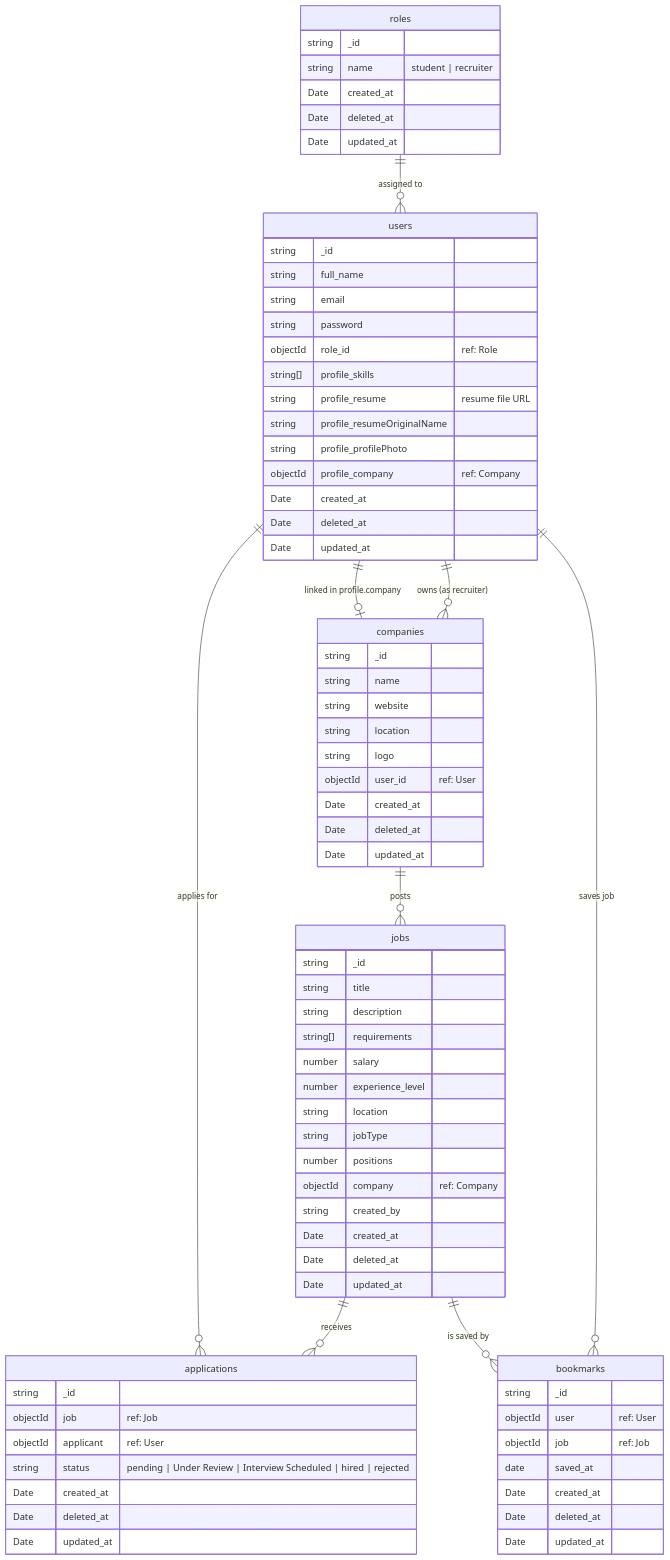
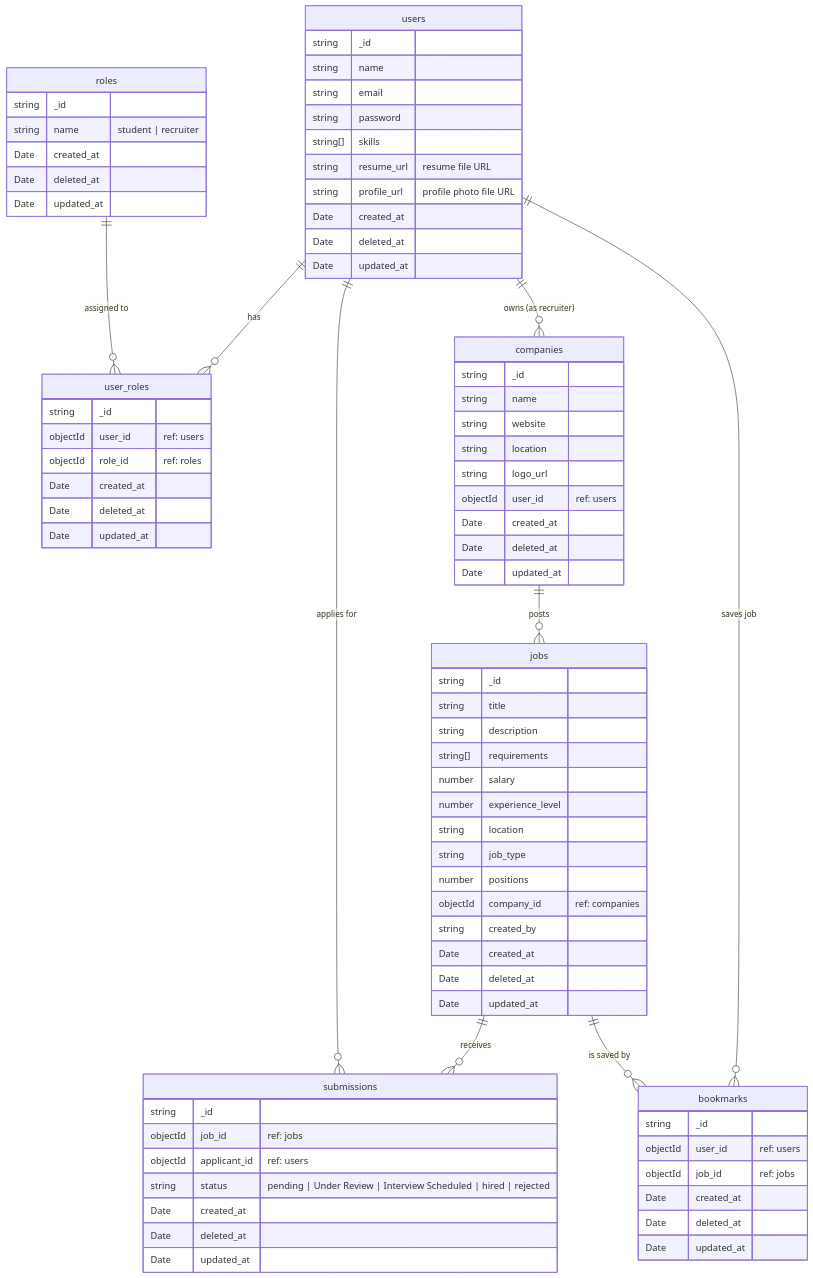
One commit to kamlesh-chandel/job-portal-app-mkdocs changed the diagram in docs/er_diagram.md. Above: the diagram before and after it, drawn with Mermaid. The commit also changed 19 other files, not shown here.

````diff
--- a/docs/er_diagram.md
+++ b/docs/er_diagram.md
@@ -3,15 +3,12 @@
 erDiagram
 	users {
 		string _id  ""  
-		string full_name  ""  
+		string name  ""  
 		string email  ""  
 		string password  ""  
-		objectId role_id  "ref: Role"  
-		string[] profile_skills  ""  
-		string profile_resume  "resume file URL"  
-		string profile_resumeOriginalName  ""  
-		string profile_profilePhoto  ""  
-		objectId profile_company  "ref: Company"  
+		string[] skills  ""  
+		string resume_url  "resume file URL"  
+		string profile_url  "profile photo file URL"   
 		Date created_at  ""  
 		Date deleted_at  ""  
 		Date updated_at  ""  
@@ -25,13 +22,22 @@
 		Date updated_at  ""  
 	}
 
+	user_roles {
+		string _id  ""  
+		objectId user_id  "ref: users"  
+		objectId role_id  "ref: roles"  
+		Date created_at  ""  
+		Date deleted_at  ""  
+		Date updated_at  ""  
+	}
+
 	companies {
 		string _id  ""  
 		string name  ""  
 		string website  ""  
 		string location  ""  
-		string logo  ""  
-		objectId user_id  "ref: User"  
+		string logo_url  ""  
+		objectId user_id  "ref: users"  
 		Date created_at  ""  
 		Date deleted_at  ""  
 		Date updated_at  ""  
@@ -45,19 +51,19 @@
 		number salary  ""  
 		number experience_level  ""  
 		string location  ""  
-		string jobType  ""  
+		string job_type  ""  
 		number positions  ""  
-		objectId company  "ref: Company"  
+		objectId company_id  "ref: companies"  
 		string created_by  ""  
 		Date created_at  ""  
 		Date deleted_at  ""  
 		Date updated_at  ""  
 	}
 
-	applications {
+	submissions {
 		string _id  ""  
-		objectId job  "ref: Job"  
-		objectId applicant  "ref: User"  
+		objectId job_id  "ref: jobs"  
+		objectId applicant_id  "ref: users"  
 		string status  "pending | Under Review | Interview Scheduled | hired | rejected"  
 		Date created_at  ""  
 		Date deleted_at  ""  
@@ -66,21 +72,22 @@
 
 	bookmarks {
 		string _id  ""  
-		objectId user  "ref: User"  
-		objectId job  "ref: Job"  
-		date saved_at  ""  
+		objectId user_id  "ref: users"  
+		objectId job_id  "ref: jobs"  
 		Date created_at  ""  
 		Date deleted_at  ""  
 		Date updated_at  ""  
 	}
 
-	roles||--o{users:"assigned to"
-	users||--o{companies:"owns (as recruiter)"
-	companies||--o{jobs:"posts"
-	jobs||--o{applications:"receives"
-	users||--o{applications:"applies for"
-	users||--o|companies:"linked in profile.company"
-	users||--o{bookmarks:"saves job"
-	jobs||--o{bookmarks:"is saved by"
+	%% Relationships
+	users ||--o{ user_roles : "has"
+	roles ||--o{ user_roles : "assigned to"
+	users ||--o{ companies : "owns (as recruiter)"
+	companies ||--o{ jobs : "posts"
+	jobs ||--o{ submissions : "receives"
+	users ||--o{ submissions : "applies for"
+	users ||--o{ bookmarks : "saves job"
+	jobs ||--o{ bookmarks : "is saved by"
+
 
 ```
````
